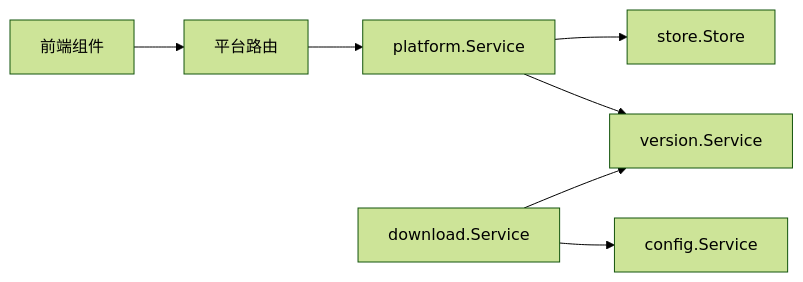
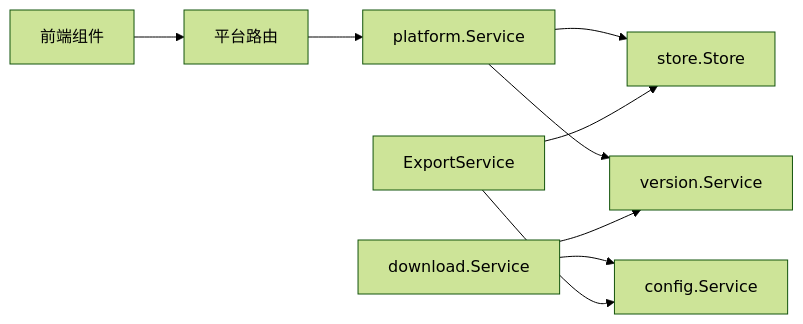
Before and after one commit to AlcaProphet/VPN-Subscription-Management: the seventh of 7 diagrams in .qoder/repowiki/zh/content/核心功能模块/平台管理.md, drawn with Mermaid (forest theme). The commit also changed other lines of this file and 8 other files, not shown here.

````diff
--- a/.qoder/repowiki/zh/content/核心功能模块/平台管理.md
+++ b/.qoder/repowiki/zh/content/核心功能模块/平台管理.md
@@ -340,9 +375,11 @@
 ```mermaid
 graph LR
 PS["platform.Service"] --> ST["store.Store"]
 PS --> VS["version.Service"]
 DL["download.Service"] --> VS
 DL --> CF["config.Service"]
+ES["ExportService"] --> ST
+ES --> CF
 FE["前端组件"] --> API["平台路由"]
 API --> PS
 ```
````
